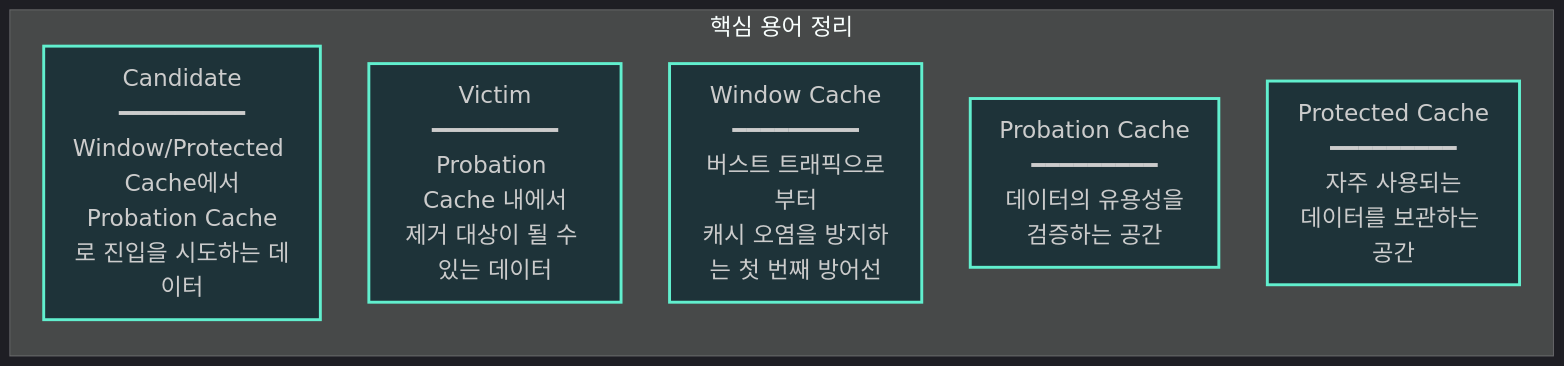
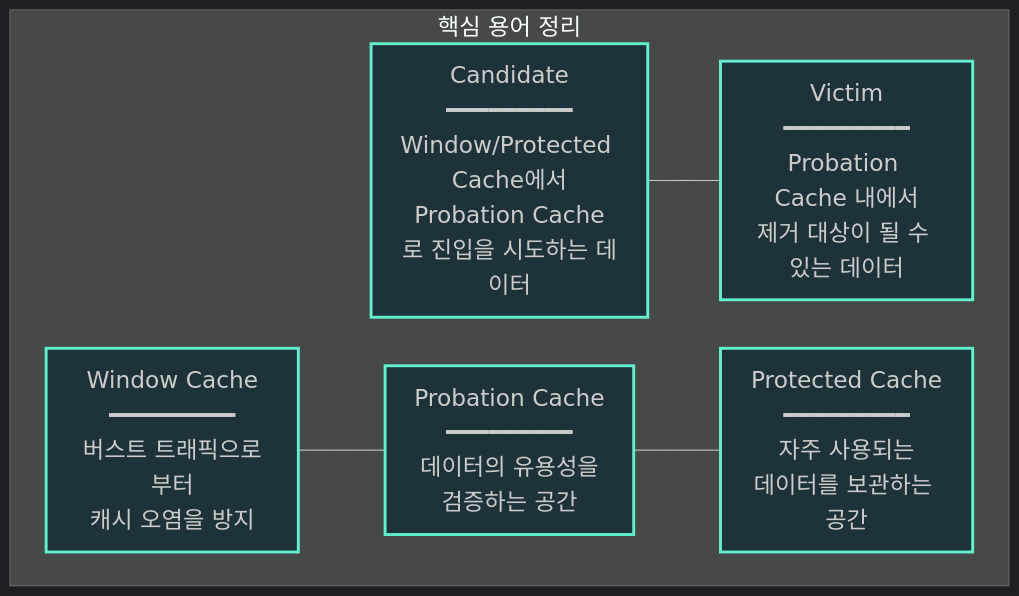
One commit to K-Diger/K-Diger.github.io changed the third of 3 diagrams in _posts/2023-01-01-SUWIKI-4.md. Above: the diagram before and after it, drawn with Mermaid.

Commit message:
Caffeine Cache

````diff
--- a/_posts/2023-01-01-SUWIKI-4.md
+++ b/_posts/2023-01-01-SUWIKI-4.md
@@ -114,39 +114,33 @@
 ```mermaid
 %%{init: { 'theme':'dark', 'themeVariables': { 'fontSize': '24px', 'fontFamily': 'Arial' } }}%%
-graph LR
+graph TB
     subgraph Terminology["핵심 용어 정리"]
-        direction TB
         A["`Candidate
         ━━━━━━━━━
         Window/Protected Cache에서
-        Probation Cache로 진입을 시도하는 데이터
-        `"]
-
+        Probation Cache로 진입을 시도하는 데이터`"]
         B["`Victim
         ━━━━━━━━━
         Probation Cache 내에서
-        제거 대상이 될 수 있는 데이터
-        `"]
-
+        제거 대상이 될 수 있는 데이터`"]
         C["`Window Cache
         ━━━━━━━━━
         버스트 트래픽으로부터
-        캐시 오염을 방지하는 첫 번째 방어선
-        `"]
-
+        캐시 오염을 방지`"]
         D["`Probation Cache
         ━━━━━━━━━
         데이터의 유용성을
-        검증하는 공간
-        `"]
-
+        검증하는 공간`"]
         E["`Protected Cache
         ━━━━━━━━━
         자주 사용되는
-        데이터를 보관하는 공간
-        `"]
+        데이터를 보관하는 공간`"]
+
+        A --- B
+
+        C --- D --- E
     end
 
     classDef termBox fill:#1e3339,stroke:#61efce,stroke-width:3px,font-size:24px,text-align:center
     class A,B,C,D,E termBox
 ```
````
